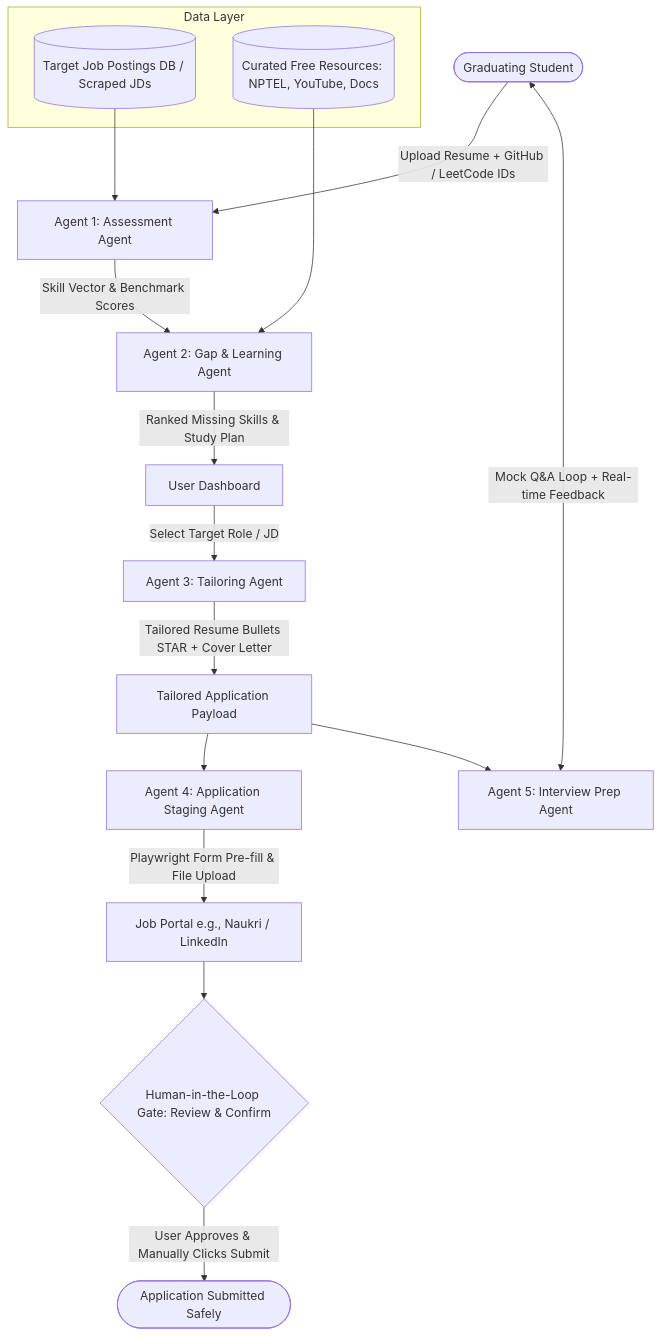
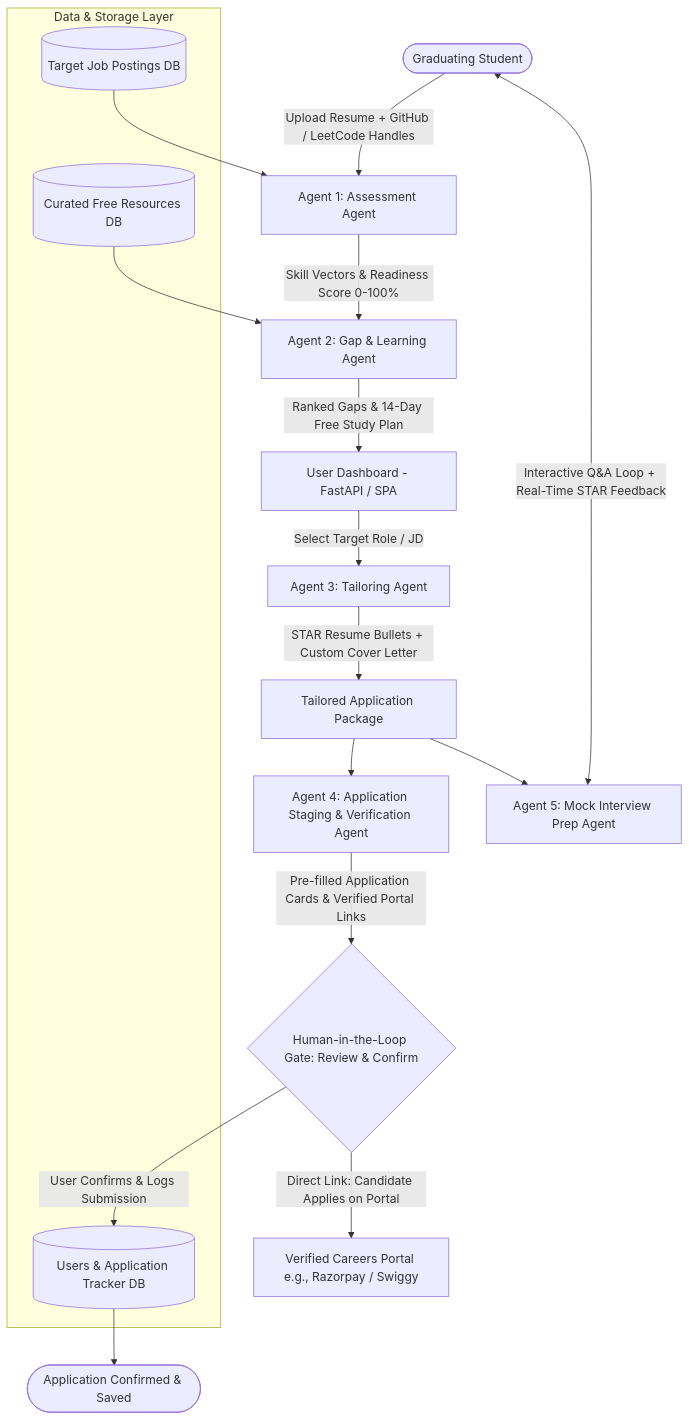
The diagram in PRD.md (anvitha-45/careerpilot), drawn with Mermaid before and after one commit. The commit also changed other lines of this file and 3 other files, not shown here.

Commit message:
docs: align PRD and draw.io architecture diagram with actual codebase, removing autofill claims

````diff
--- a/PRD.md
+++ b/PRD.md
@@ -26,27 +26,29 @@
 ```mermaid
 flowchart TD
-    User([Graduating Student]) -->|Upload Resume + GitHub / LeetCode IDs| A1[Agent 1: Assessment Agent]
+    User([Graduating Student]) -->|Upload Resume + GitHub / LeetCode Handles| A1[Agent 1: Assessment Agent]
     
-    subgraph Data Layer
-        JDs[(Target Job Postings DB / Scraped JDs)]
-        Res[(Curated Free Resources: NPTEL, YouTube, Docs)]
+    subgraph Data & Storage Layer
+        JDs[(Target Job Postings DB)]
+        Res[(Curated Free Resources DB)]
+        UserDB[(Users & Application Tracker DB)]
     end
 
     JDs --> A1
-    A1 -->|Skill Vector & Benchmark Scores| A2[Agent 2: Gap & Learning Agent]
+    A1 -->|Skill Vectors & Readiness Score 0-100%| A2[Agent 2: Gap & Learning Agent]
     Res --> A2
     
-    A2 -->|Ranked Missing Skills & Study Plan| Dashboard[User Dashboard]
+    A2 -->|Ranked Gaps & 14-Day Free Study Plan| Dashboard[User Dashboard - FastAPI / SPA]
     
     Dashboard -->|Select Target Role / JD| A3[Agent 3: Tailoring Agent]
-    A3 -->|Tailored Resume Bullets STAR + Cover Letter| StagingEnv[Tailored Application Payload]
+    A3 -->|STAR Resume Bullets + Custom Cover Letter| StagingEnv[Tailored Application Package]
     
-    StagingEnv --> A4[Agent 4: Application Staging Agent]
-    A4 -->|Playwright Form Pre-fill & File Upload| Portal[Job Portal e.g., Naukri / LinkedIn]
+    StagingEnv --> A4[Agent 4: Application Staging & Verification Agent]
+    A4 -->|Pre-filled Application Cards & Verified Portal Links| HITL{Human-in-the-Loop Gate: Review & Confirm}
     
-    Portal --> HITL{Human-in-the-Loop Gate: Review & Confirm}
-    HITL -->|User Approves & Manually Clicks Submit| Submitted([Application Submitted Safely])
+    HITL -->|Direct Link: Candidate Applies on Portal| Portal[Verified Careers Portal e.g., Razorpay / Swiggy]
+    HITL -->|User Confirms & Logs Submission| UserDB
+    UserDB --> Submitted([Application Confirmed & Saved])
     
-    StagingEnv --> A5[Agent 5: Interview Prep Agent]
-    A5 <-->|Mock Q&A Loop + Real-time Feedback| User
+    StagingEnv --> A5[Agent 5: Mock Interview Prep Agent]
+    A5 <-->|Interactive Q&A Loop + Real-Time STAR Feedback| User
 ```
````
